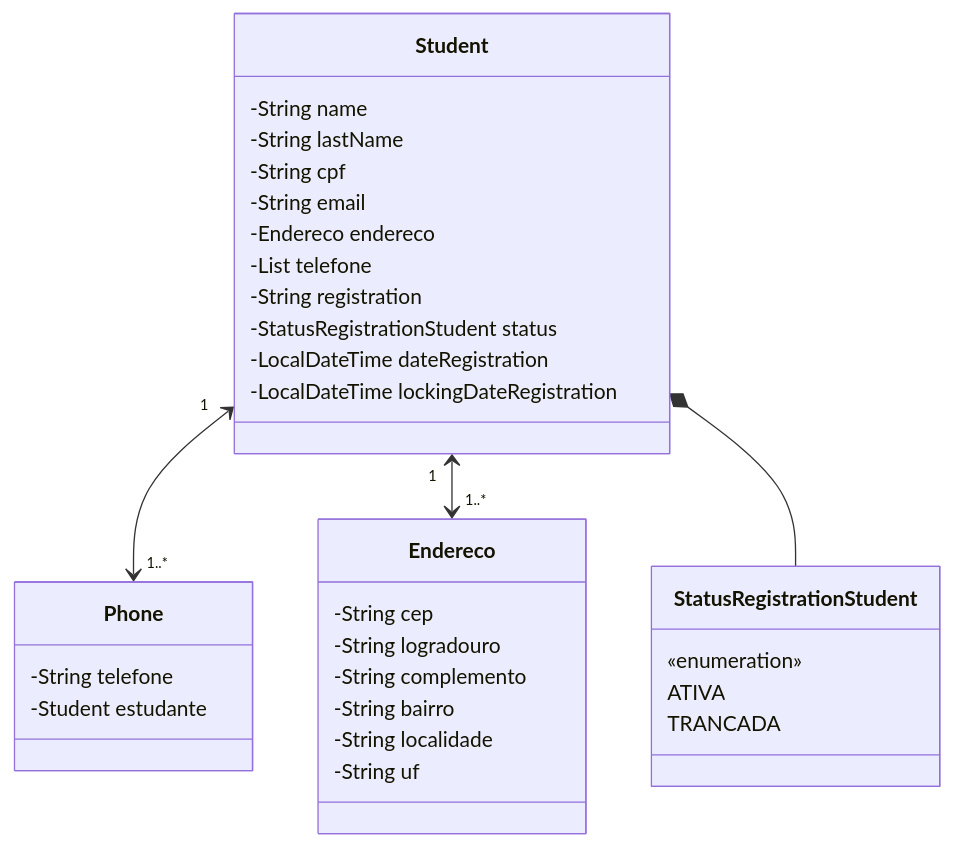
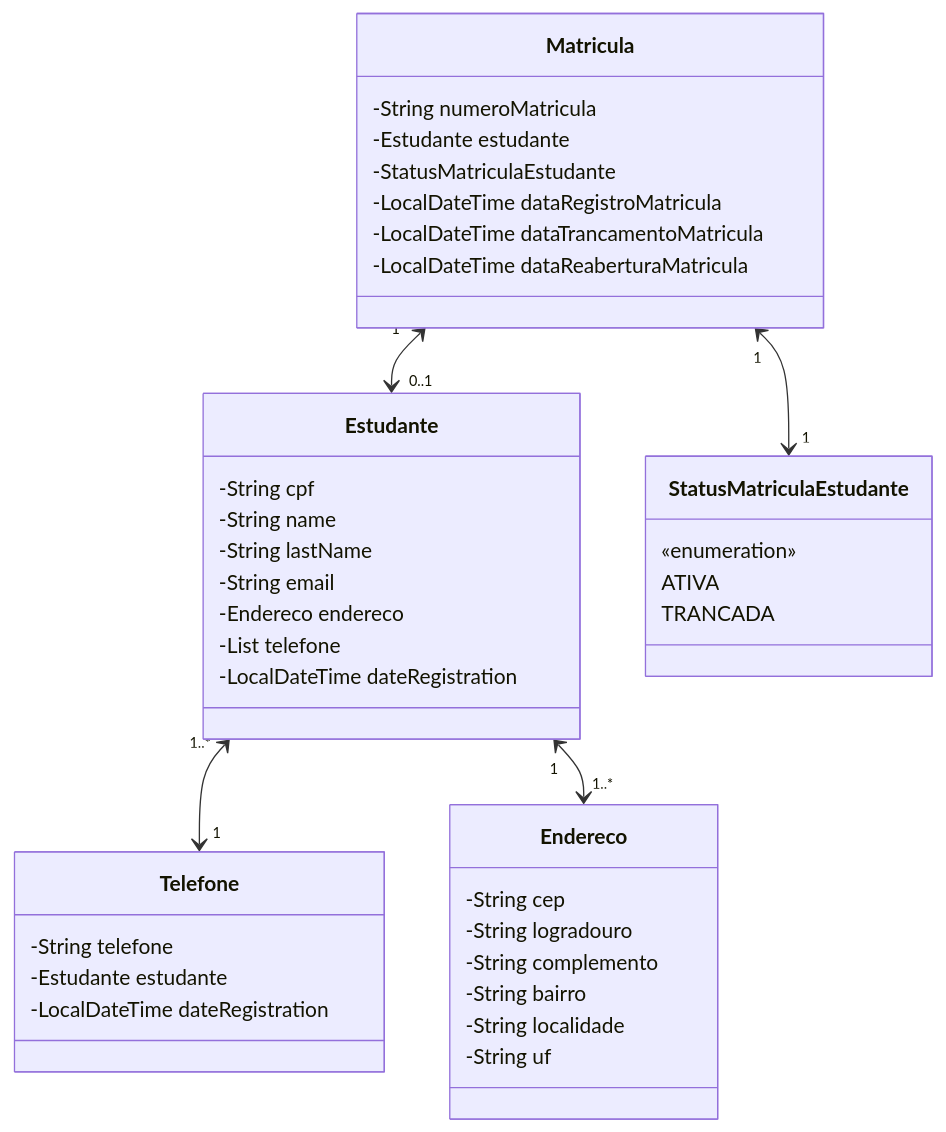
Before and after one commit to reynaldo-hendson/api-matricula: the diagram in README.md, drawn with Mermaid. The commit also changed other lines of this file and 2 other files, not shown here.

````diff
--- a/README.md
+++ b/README.md
@@ -32,41 +32,50 @@
 ```mermaid
 classDiagram
- Student "1" <--> "1..*" Phone
- Student "1" <--> "1..*"Endereco 
- Student *-- StatusRegistrationStudent 
+ Estudante "1..*" <--> "1" Telefone
+ Estudante "1" <--> "1..*"Endereco 
+ Matricula "1" <--> "1" StatusMatriculaEstudante
+ Matricula "1" <--> "0..1" Estudante
 
-  class Student {
+  class Estudante {
+    -String cpf
     -String name
     -String lastName
-    -String cpf
     -String email
     -Endereco endereco
     -List<Phone> telefone
-    -String registration
-    -StatusRegistrationStudent status
     -LocalDateTime dateRegistration
-    -LocalDateTime lockingDateRegistration
   }
 
-  class Phone {
+  class Telefone {
     -String telefone
-    -Student estudante
+    -Estudante estudante
+    -LocalDateTime dateRegistration
   }
 
   class Endereco {
     -String cep
     -String logradouro
     -String complemento
     -String bairro
     -String localidade
     -String uf
   }
 
-  class StatusRegistrationStudent {
+  class Matricula{
+    -String numeroMatricula
+    -Estudante estudante
+    -StatusMatriculaEstudante
+    -LocalDateTime dataRegistroMatricula
+    -LocalDateTime dataTrancamentoMatricula
+    -LocalDateTime dataReaberturaMatricula
+  }
+
+  class StatusMatriculaEstudante {
     «enumeration»
     ATIVA
     TRANCADA
   }
 
+
  
 ```
````
